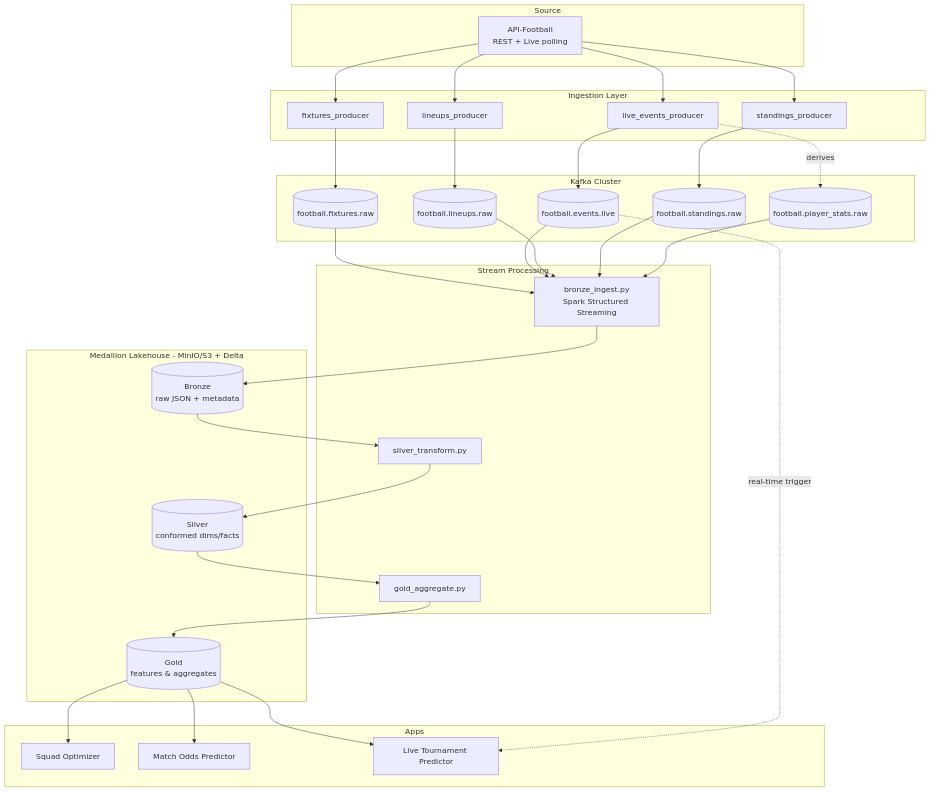
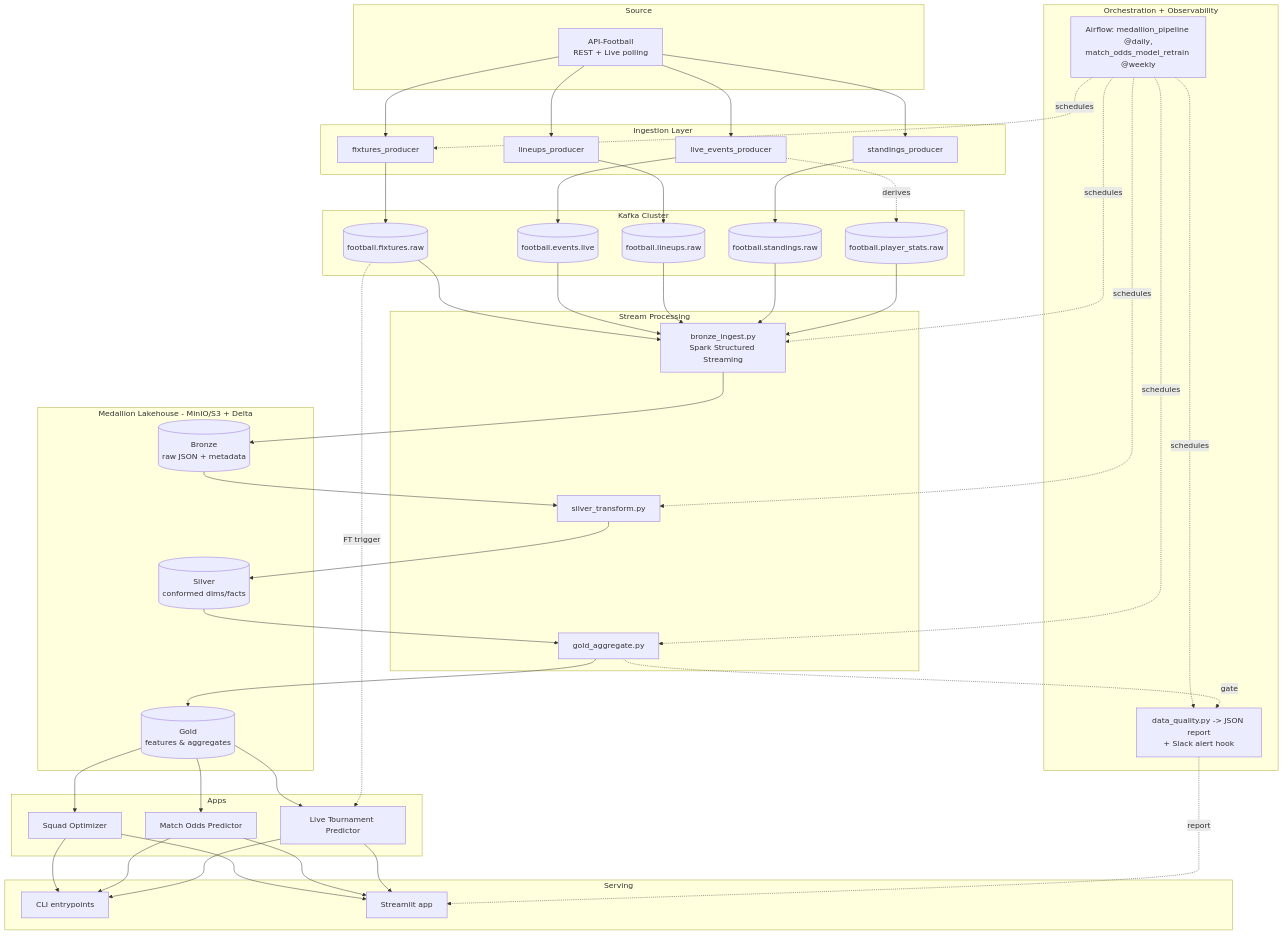
Before and after one commit to akshayrch/fifa-stats-streaming: the diagram in docs/architecture.md, drawn with Mermaid. The commit also changed other lines of this file and 42 other files, not shown here.

````diff
--- a/docs/architecture.md
+++ b/docs/architecture.md
@@ -5,53 +5,68 @@
 ```mermaid
 flowchart TB
     subgraph Source
         API[API-Football\nREST + Live polling]
     end
 
     subgraph Ingestion Layer
         P1[fixtures_producer]
         P2[live_events_producer]
         P3[lineups_producer]
         P4[standings_producer]
     end
 
     subgraph Kafka Cluster
         T1[(football.fixtures.raw)]
         T2[(football.events.live)]
         T3[(football.lineups.raw)]
         T4[(football.standings.raw)]
         T5[(football.player_stats.raw)]
     end
 
     subgraph Stream Processing
         SS1[bronze_ingest.py\nSpark Structured Streaming]
         SS2[silver_transform.py]
         SS3[gold_aggregate.py]
     end
 
     subgraph Medallion Lakehouse - MinIO/S3 + Delta
         BZ[(Bronze\nraw JSON + metadata)]
         SV[(Silver\nconformed dims/facts)]
         GD[(Gold\nfeatures & aggregates)]
     end
 
     subgraph Apps
         A1[Squad Optimizer]
         A2[Match Odds Predictor]
         A3[Live Tournament Predictor]
     end
 
+    subgraph Serving [Serving]
+        CLI[CLI entrypoints]
+        UI[Streamlit app]
+    end
+
+    subgraph Ops [Orchestration + Observability]
+        AF[Airflow: medallion_pipeline @daily,\nmatch_odds_model_retrain @weekly]
+        DQ[data_quality.py -> JSON report\n+ Slack alert hook]
+    end
+
     API --> P1 & P2 & P3 & P4
     P1 --> T1
     P2 --> T2
     P3 --> T3
     P4 --> T4
     P2 -.derives.-> T5
 
     T1 & T2 & T3 & T4 & T5 --> SS1 --> BZ
     BZ --> SS2 --> SV
     SV --> SS3 --> GD
 
     GD --> A1 & A2 & A3
-    T2 -.real-time trigger.-> A3
+    T1 -.FT trigger.-> A3
+    A1 & A2 & A3 --> CLI & UI
+
+    AF -.schedules.-> P1 & SS1 & SS2 & SS3 & DQ
+    SS3 -.gate.-> DQ
+    DQ -.report.-> UI
 ```
````
